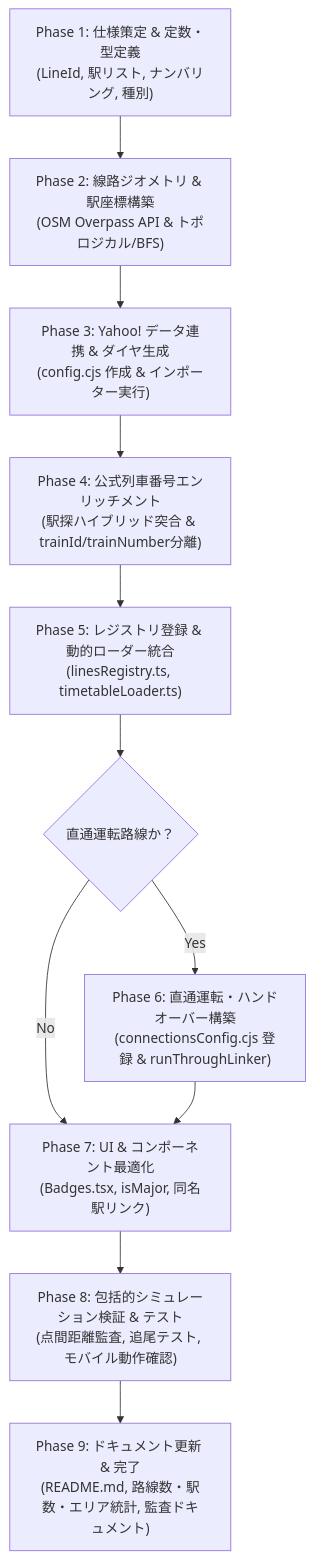
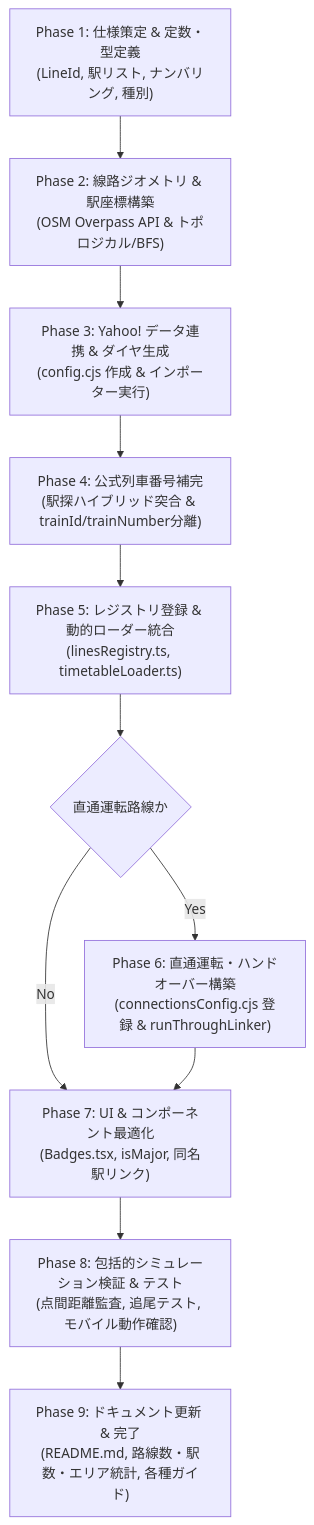
The first of 4 diagrams in docs/ROUTE_EXPANSION_PLAYBOOK.md (GenbuHase/Trainfo), drawn with Mermaid before and after one commit. The commit also changed other lines of this file and 9 other files, not shown here.

````diff
--- a/docs/ROUTE_EXPANSION_PLAYBOOK.md
+++ b/docs/ROUTE_EXPANSION_PLAYBOOK.md
@@ -77,13 +75,13 @@
 ```mermaid
 flowchart TD
     P1["Phase 1: 仕様策定 & 定数・型定義<br/>(LineId, 駅リスト, ナンバリング, 種別)"] --> P2["Phase 2: 線路ジオメトリ & 駅座標構築<br/>(OSM Overpass API & トポロジカル/BFS)"]
     P2 --> P3["Phase 3: Yahoo! データ連携 & ダイヤ生成<br/>(config.cjs 作成 & インポーター実行)"]
-    P3 --> P4["Phase 4: 公式列車番号エンリッチメント<br/>(駅探ハイブリッド突合 & trainId/trainNumber分離)"]
+    P3 --> P4["Phase 4: 公式列車番号補完<br/>(駅探ハイブリッド突合 & trainId/trainNumber分離)"]
     P4 --> P5["Phase 5: レジストリ登録 & 動的ローダー統合<br/>(linesRegistry.ts, timetableLoader.ts)"]
-    P5 --> P6{"直通運転路線か？"}
+    P5 --> P6{"直通運転路線か"}
     P6 -- "Yes" --> P6_1["Phase 6: 直通運転・ハンドオーバー構築<br/>(connectionsConfig.cjs 登録 & runThroughLinker)"]
     P6 -- "No" --> P7["Phase 7: UI & コンポーネント最適化<br/>(Badges.tsx, isMajor, 同名駅リンク)"]
     P6_1 --> P7
     P7 --> P8["Phase 8: 包括的シミュレーション検証 & テスト<br/>(点間距離監査, 追尾テスト, モバイル動作確認)"]
-    P8 --> P9["Phase 9: ドキュメント更新 & 完了<br/>(README.md, 路線数・駅数・エリア統計, 監査ドキュメント)"]
+    P8 --> P9["Phase 9: ドキュメント更新 & 完了<br/>(README.md, 路線数・駅数・エリア統計, 各種ガイド)"]
 ```
````
